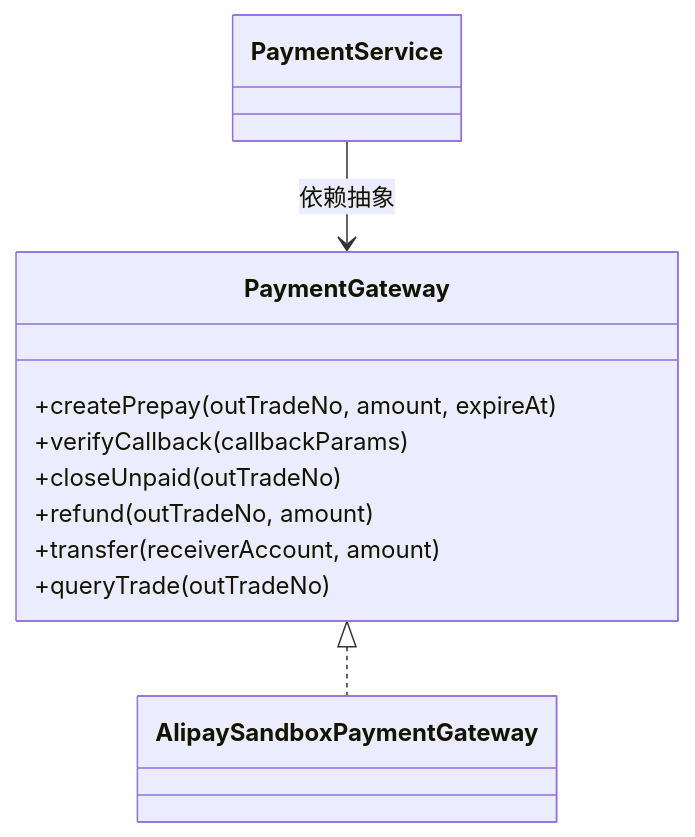
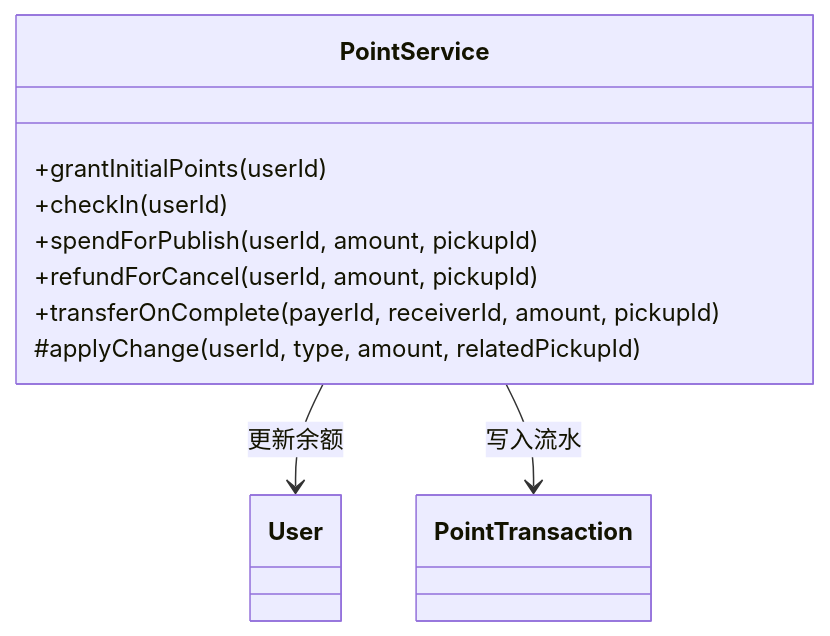
One commit to true-is-dui/CampusHub changed the fourth of 4 diagrams in docs/P3/class_design.md. Above: the diagram before and after it, drawn with Mermaid. The commit also changed other lines of this file and 3 other files, not shown here.

First line of the commit message:
docs: replace Alipay sandbox payment with platform points system

````diff
--- a/docs/P3/class_design.md
+++ b/docs/P3/class_design.md
@@ -734,14 +701,14 @@
 ```mermaid
 classDiagram
-    PaymentService --> PaymentGateway : 依赖抽象
-    PaymentGateway <|.. AlipaySandboxPaymentGateway
+    PointService --> User : 更新余额
+    PointService --> PointTransaction : 写入流水
 
-    class PaymentGateway {
-        +createPrepay(outTradeNo, amount, expireAt)
-        +verifyCallback(callbackParams)
-        +closeUnpaid(outTradeNo)
-        +refund(outTradeNo, amount)
-        +transfer(receiverAccount, amount)
-        +queryTrade(outTradeNo)
+    class PointService {
+        +grantInitialPoints(userId)
+        +checkIn(userId)
+        +spendForPublish(userId, amount, pickupId)
+        +refundForCancel(userId, amount, pickupId)
+        +transferOnComplete(payerId, receiverId, amount, pickupId)
+        #applyChange(userId, type, amount, relatedPickupId)
     }
 ```
````
